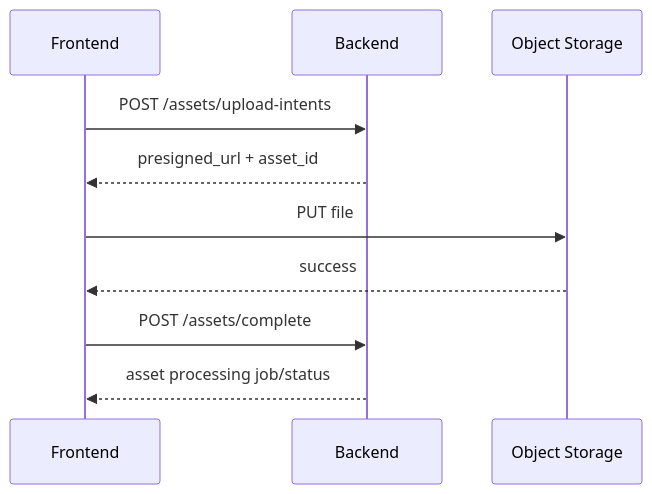
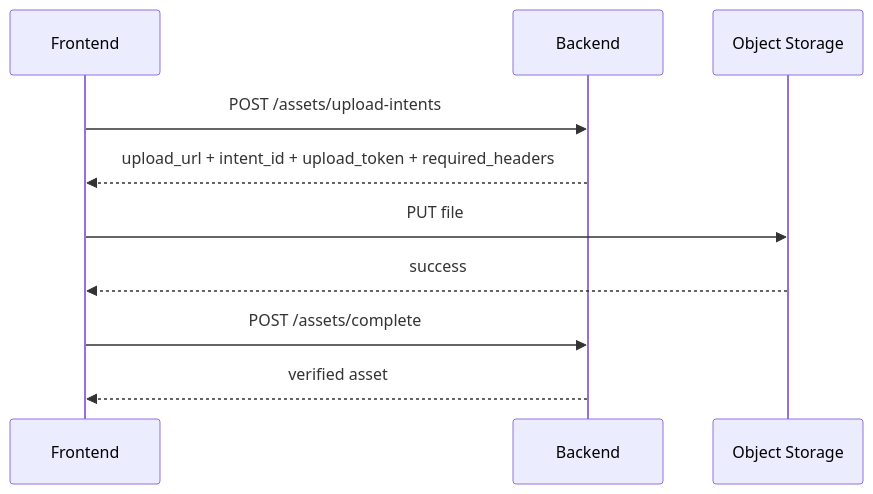
The second of 2 diagrams in docs/frontend/state-and-api.md (AtomNotShy/social-media-operations), drawn with Mermaid before and after one commit. The commit also changed other lines of this file and 8 other files, not shown here.

````diff
--- a/docs/frontend/state-and-api.md
+++ b/docs/frontend/state-and-api.md
@@ -332,13 +358,13 @@
 ```mermaid
 sequenceDiagram
     participant FE as Frontend
     participant API as Backend
     participant S3 as Object Storage
 
     FE->>API: POST /assets/upload-intents
-    API-->>FE: presigned_url + asset_id
+    API-->>FE: upload_url + intent_id + upload_token + required_headers
     FE->>S3: PUT file
     S3-->>FE: success
     FE->>API: POST /assets/complete
-    API-->>FE: asset processing job/status
+    API-->>FE: verified asset
 ```
````
